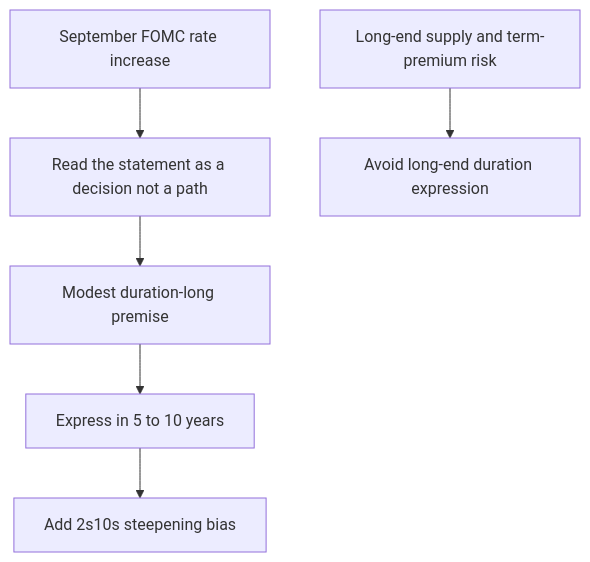
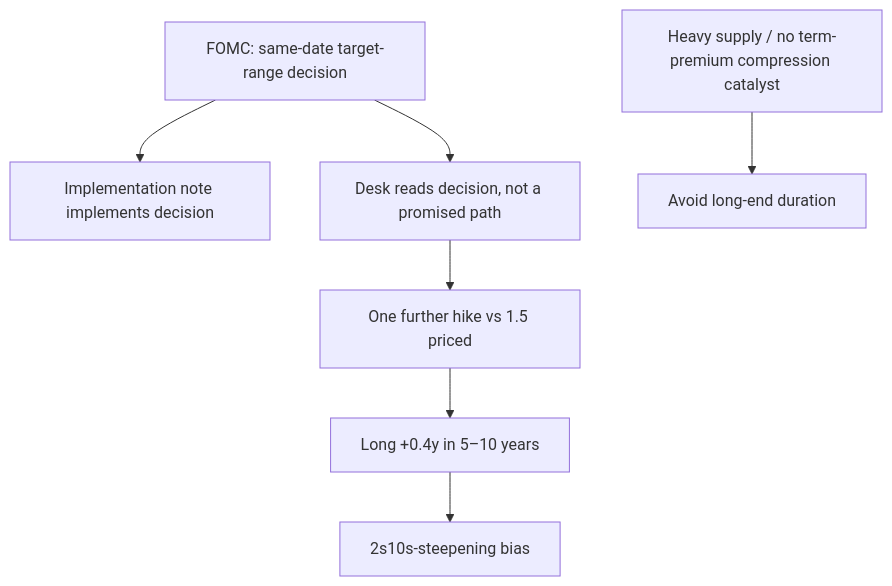
One commit to xuro-langchain/wealth-research-corpus changed the diagram in openwiki/research/fixed-income/duration-and-curve.md. Above: the diagram before and after it, drawn with Mermaid. The commit also changed other lines of this file and 43 other files, not shown here.

````diff
--- a/openwiki/research/fixed-income/duration-and-curve.md
+++ b/openwiki/research/fixed-income/duration-and-curve.md
@@ -32,8 +32,9 @@
 ```mermaid
 flowchart TD
-    Decision["September FOMC rate increase"] --> Reading["Read the statement as a decision not a path"]
-    Reading --> Policy["Modest duration-long premise"]
-    Policy --> Sector["Express in 5 to 10 years"]
-    Sector --> Curve["Add 2s10s steepening bias"]
-    LongRisk["Long-end supply and term-premium risk"] --> Avoid["Avoid long-end duration expression"]
+    FOMC["FOMC: same-date target-range decision"] --> Note["Implementation note implements decision"]
+    FOMC --> Read["Desk reads decision, not a promised path"]
+    Read --> Assumption["One further hike vs 1.5 priced"]
+    Assumption --> Expression["Long +0.4y in 5–10 years"]
+    Expression --> Curve["2s10s-steepening bias"]
+    LongEnd["Heavy supply / no term-premium compression catalyst"] --> Avoid["Avoid long-end duration"]
 ```
````
